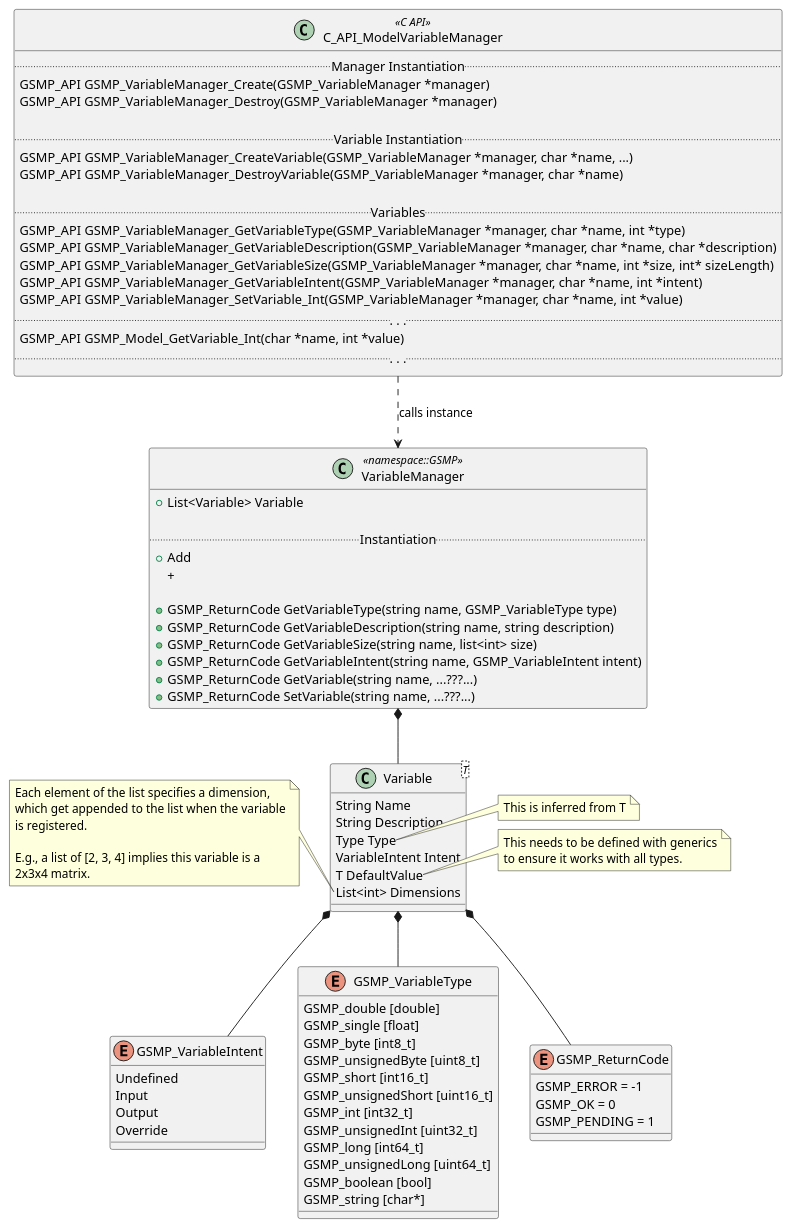
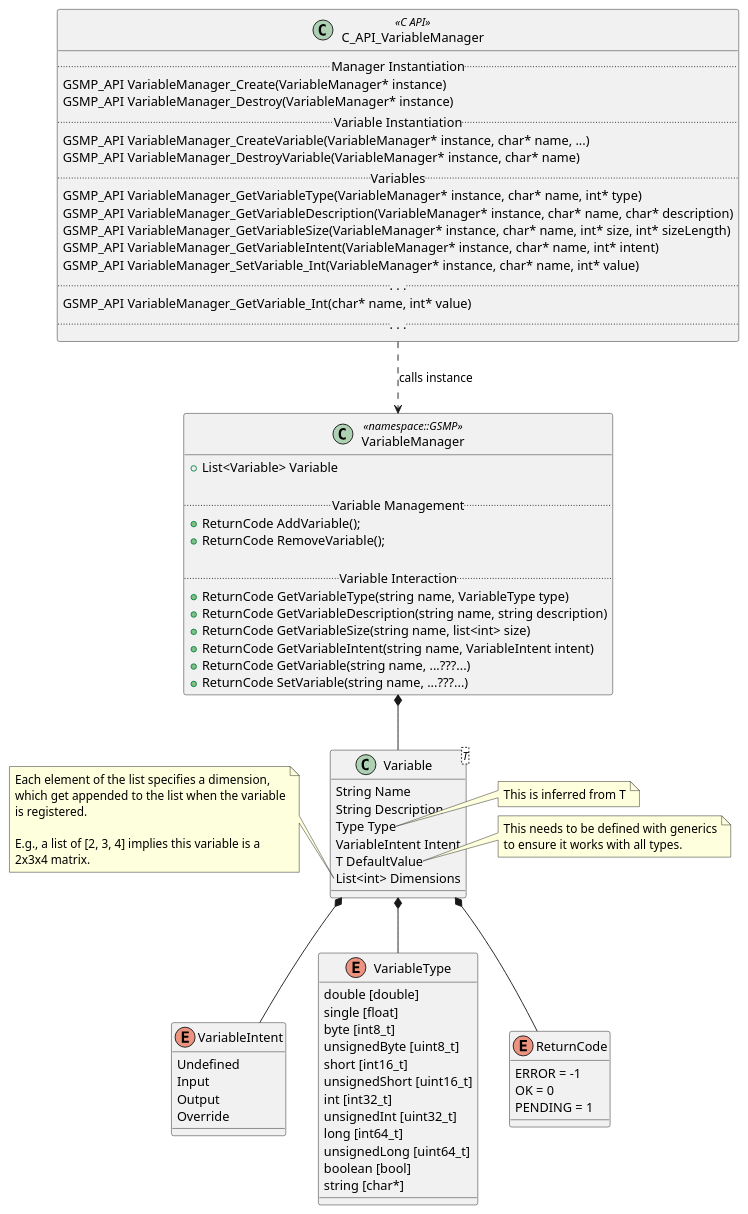
Before and after one commit to wheelerMT/GSMP: the diagram in docs/PlantUML/diagrams/src/L4_ClassDiagrams/L4_ClassDiagram-Variable.puml, drawn with PlantUML. The commit also changed 1 other file, not shown here.

```diff
--- a/docs/PlantUML/diagrams/src/L4_ClassDiagrams/L4_ClassDiagram-Variable.puml
+++ b/docs/PlantUML/diagrams/src/L4_ClassDiagrams/L4_ClassDiagram-Variable.puml
@@ -1,106 +1,105 @@
-@startuml L4_Class Diagram - Variable
+@startuml L4_Class Diagram - VariableManager
 'https://plantuml.com/class-diagram
 
 ' Class definitions
-class C_API_ModelVariableManager <<C API>> {
+class C_API_VariableManager <<C API>> {
     .. Manager Instantiation ..
-    GSMP_API GSMP_VariableManager_Create(GSMP_VariableManager *manager)
-    GSMP_API GSMP_VariableManager_Destroy(GSMP_VariableManager *manager)
-
+    GSMP_API VariableManager_Create(VariableManager* instance)
+    GSMP_API VariableManager_Destroy(VariableManager* instance)
     .. Variable Instantiation ..
-    GSMP_API GSMP_VariableManager_CreateVariable(GSMP_VariableManager *manager, char *name, ...)
-    GSMP_API GSMP_VariableManager_DestroyVariable(GSMP_VariableManager *manager, char *name)
-
+    GSMP_API VariableManager_CreateVariable(VariableManager* instance, char* name, ...)
+    GSMP_API VariableManager_DestroyVariable(VariableManager* instance, char* name)
     .. Variables ..
-    GSMP_API GSMP_VariableManager_GetVariableType(GSMP_VariableManager *manager, char *name, int *type)
-    GSMP_API GSMP_VariableManager_GetVariableDescription(GSMP_VariableManager *manager, char *name, char *description)
-    GSMP_API GSMP_VariableManager_GetVariableSize(GSMP_VariableManager *manager, char *name, int *size, int* sizeLength)
-    GSMP_API GSMP_VariableManager_GetVariableIntent(GSMP_VariableManager *manager, char *name, int *intent)
-    GSMP_API GSMP_VariableManager_SetVariable_Int(GSMP_VariableManager *manager, char *name, int *value)
+    GSMP_API VariableManager_GetVariableType(VariableManager* instance, char* name, int* type)
+    GSMP_API VariableManager_GetVariableDescription(VariableManager* instance, char* name, char* description)
+    GSMP_API VariableManager_GetVariableSize(VariableManager* instance, char* name, int* size, int* sizeLength)
+    GSMP_API VariableManager_GetVariableIntent(VariableManager* instance, char* name, int* intent)
+    GSMP_API VariableManager_SetVariable_Int(VariableManager* instance, char* name, int* value)
     ..  . . .  ..
-    GSMP_API GSMP_Model_GetVariable_Int(char *name, int *value)
+    GSMP_API VariableManager_GetVariable_Int(char* name, int* value)
     ..  . . .  ..
 }
 
 class VariableManager <<namespace::GSMP>> {
-  + List<Variable> Variable
+    + List<Variable> Variable
 
-  .. Instantiation ..
-  + Add
-  +
+    .. Variable Management ..
+    + ReturnCode AddVariable();
+    + ReturnCode RemoveVariable();
 
-  + GSMP_ReturnCode GetVariableType(string name, GSMP_VariableType type)
-  + GSMP_ReturnCode GetVariableDescription(string name, string description)
-  + GSMP_ReturnCode GetVariableSize(string name, list<int> size)
-  + GSMP_ReturnCode GetVariableIntent(string name, GSMP_VariableIntent intent)
-  + GSMP_ReturnCode GetVariable(string name, ...???...)
-  + GSMP_ReturnCode SetVariable(string name, ...???...)
+  .. Variable Interaction ..
+    + ReturnCode GetVariableType(string name, VariableType type)
+    + ReturnCode GetVariableDescription(string name, string description)
+    + ReturnCode GetVariableSize(string name, list<int> size)
+    + ReturnCode GetVariableIntent(string name, VariableIntent intent)
+    + ReturnCode GetVariable(string name, ...???...)
+    + ReturnCode SetVariable(string name, ...???...)
 }
 
 class Variable<T> {
-  String Name
-  String Description
-  Type Type
-  VariableIntent Intent
-  T DefaultValue
-  List<int> Dimensions
+    String Name
+    String Description
+    Type Type
+    VariableIntent Intent
+    T DefaultValue
+    List<int> Dimensions
 }
 
 ' Notes
 note right of Variable::Type
-  This is inferred from T
+    This is inferred from T
 end note
 
 note right of Variable::DefaultValue
-  This needs to be defined with generics
-  to ensure it works with all types.
+    This needs to be defined with generics
+    to ensure it works with all types.
 end note
 
 note left of Variable::Dimensions
-  Each element of the list specifies a dimension,
-  which get appended to the list when the variable
-  is registered.
-  
-  E.g., a list of [2, 3, 4] implies this variable is a
-  2x3x4 matrix.
+    Each element of the list specifies a dimension,
+    which get appended to the list when the variable
+    is registered.
+    
+    E.g., a list of [2, 3, 4] implies this variable is a
+    2x3x4 matrix.
 end note
 
 ' Relationships
 
 ' Define C Relationships (including Cpp components)
-C_API_ModelVariableManager ..> VariableManager : calls instance
+C_API_VariableManager ..> VariableManager : calls instance
 VariableManager *-- Variable
-Variable *-- GSMP_VariableIntent
-Variable *-- GSMP_VariableType
-Variable *-- GSMP_ReturnCode
+Variable *-- VariableIntent
+Variable *-- VariableType
+Variable *-- ReturnCode
 
 ' -- Enumerated Type Definitions --
-enum GSMP_VariableIntent {
+enum VariableIntent {
     Undefined
     Input
     Output
     Override
 }
 
-enum GSMP_VariableType {
-    GSMP_double [double]
-    GSMP_single [float]
-    GSMP_byte [int8_t]
-    GSMP_unsignedByte [uint8_t]
-    GSMP_short [int16_t]
-    GSMP_unsignedShort [uint16_t]
-    GSMP_int [int32_t]
-    GSMP_unsignedInt [uint32_t]
-    GSMP_long [int64_t]
-    GSMP_unsignedLong [uint64_t]
-    GSMP_boolean [bool]
-    GSMP_string [char*]
+enum VariableType {
+    double [double]
+    single [float]
+    byte [int8_t]
+    unsignedByte [uint8_t]
+    short [int16_t]
+    unsignedShort [uint16_t]
+    int [int32_t]
+    unsignedInt [uint32_t]
+    long [int64_t]
+    unsignedLong [uint64_t]
+    boolean [bool]
+    string [char*]
 }
 
-enum GSMP_ReturnCode {
-    GSMP_ERROR = -1
-    GSMP_OK = 0
-    GSMP_PENDING = 1
+enum ReturnCode {
+    ERROR = -1
+    OK = 0
+    PENDING = 1
 }
 
 @enduml
```
